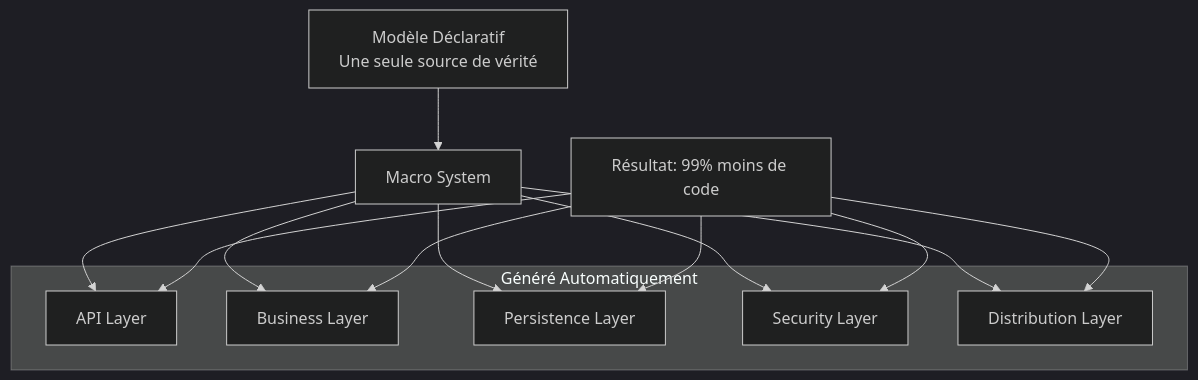
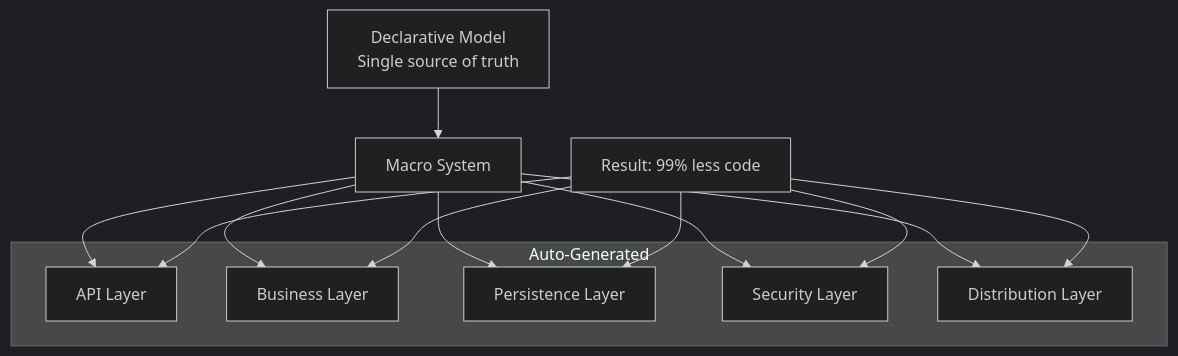
One commit to lithair/lithair changed the second of 12 diagrams in docs/architecture/overview.md. Above: the diagram before and after it, drawn with Mermaid (dark theme). The commit also changed other lines of this file and 37 other files, not shown here.

````diff
--- a/docs/architecture/overview.md
+++ b/docs/architecture/overview.md
@@ -31,24 +31,24 @@
 ```mermaid
 flowchart TD
-    A[Modèle Déclaratif<br/>Une seule source de vérité] --> B[Macro System]
-    
+    A[Declarative Model<br/>Single source of truth] --> B[Macro System]
+
     B --> C[API Layer]
     B --> D[Business Layer]
     B --> E[Persistence Layer]
     B --> F[Security Layer]
     B --> G[Distribution Layer]
-    
-    subgraph "Généré Automatiquement"
+
+    subgraph "Auto-Generated"
         C
         D
         E
         F
         G
     end
-    
-    H[Résultat: 99% moins de code] --> C
+
+    H[Result: 99% less code] --> C
     H --> D
     H --> E
     H --> F
     H --> G
 ```
````
